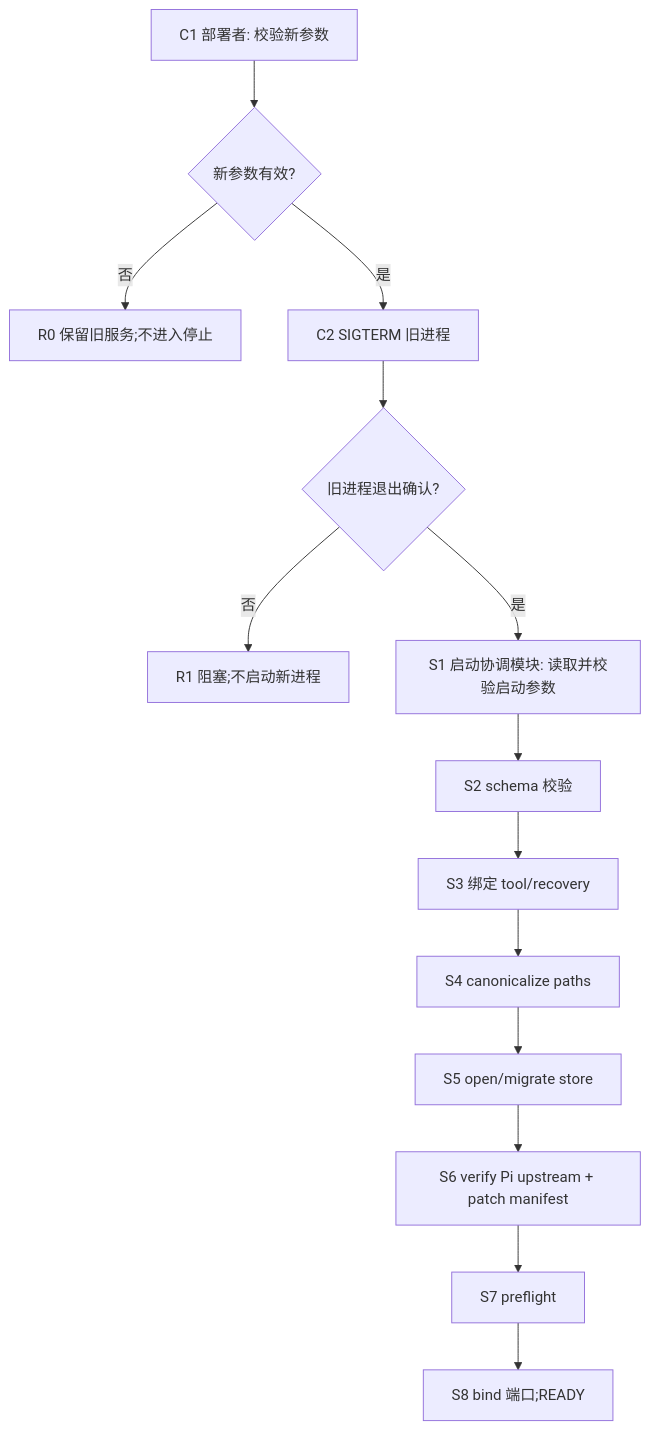
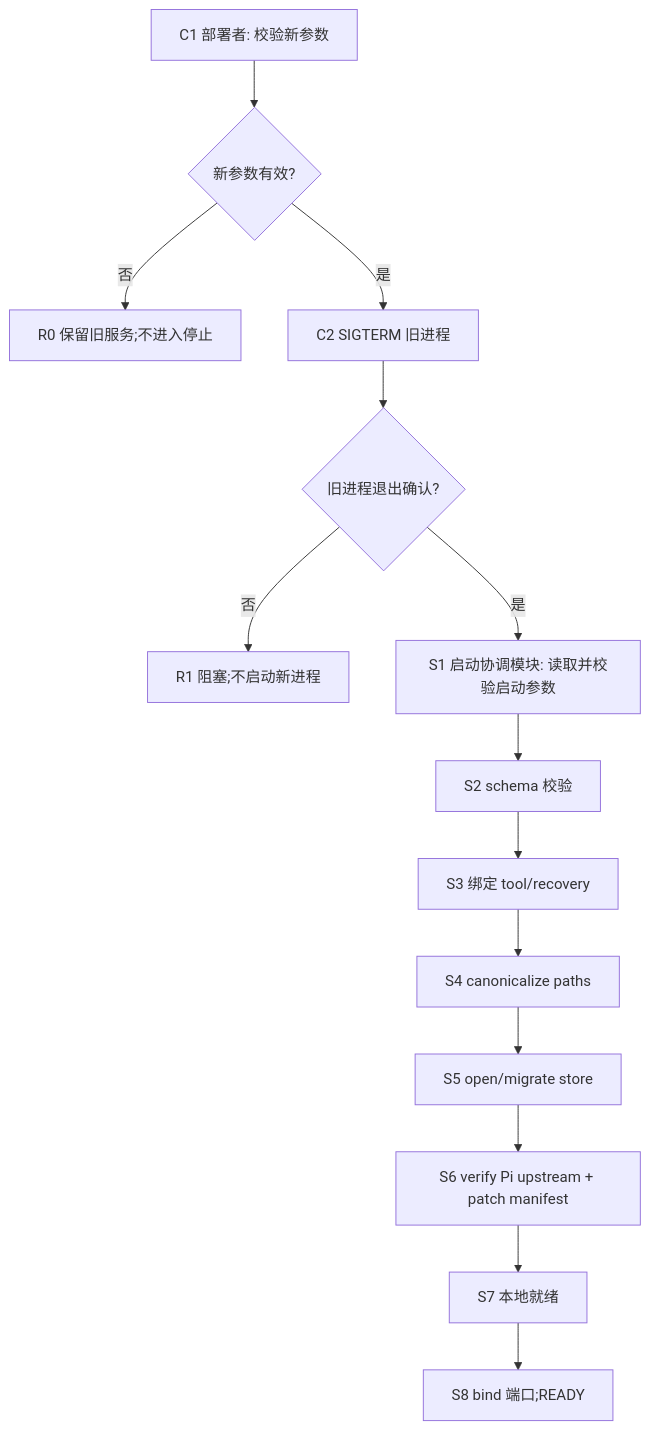
The eighth of 10 diagrams in docs/20_system_design/piko-system-design.md (corezilla/piko), drawn with Mermaid before and after one commit. The commit also changed other lines of this file and 20 other files, not shown here.

````diff
--- a/docs/20_system_design/piko-system-design.md
+++ b/docs/20_system_design/piko-system-design.md
@@ -631,9 +631,9 @@
 ```mermaid
 flowchart TD
   C1["C1 部署者: 校验新参数"] --> Q1{"新参数有效?"}
   Q1 -- 否 --> R0["R0 保留旧服务;不进入停止"]
   Q1 -- 是 --> C2["C2 SIGTERM 旧进程"]
   C2 --> C3{"旧进程退出确认?"}
   C3 -- 否 --> R1["R1 阻塞;不启动新进程"]
-  C3 -- 是 --> S1["S1 启动协调模块: 读取并校验启动参数"] --> S2["S2 schema 校验"] --> S3["S3 绑定 tool/recovery"] --> S4["S4 canonicalize paths"] --> S5["S5 open/migrate store"] --> S6["S6 verify Pi upstream + patch manifest"] --> S7["S7 preflight"] --> S8["S8 bind 端口;READY"]
+  C3 -- 是 --> S1["S1 启动协调模块: 读取并校验启动参数"] --> S2["S2 schema 校验"] --> S3["S3 绑定 tool/recovery"] --> S4["S4 canonicalize paths"] --> S5["S5 open/migrate store"] --> S6["S6 verify Pi upstream + patch manifest"] --> S7["S7 本地就绪"] --> S8["S8 bind 端口;READY"]
 ```
````
